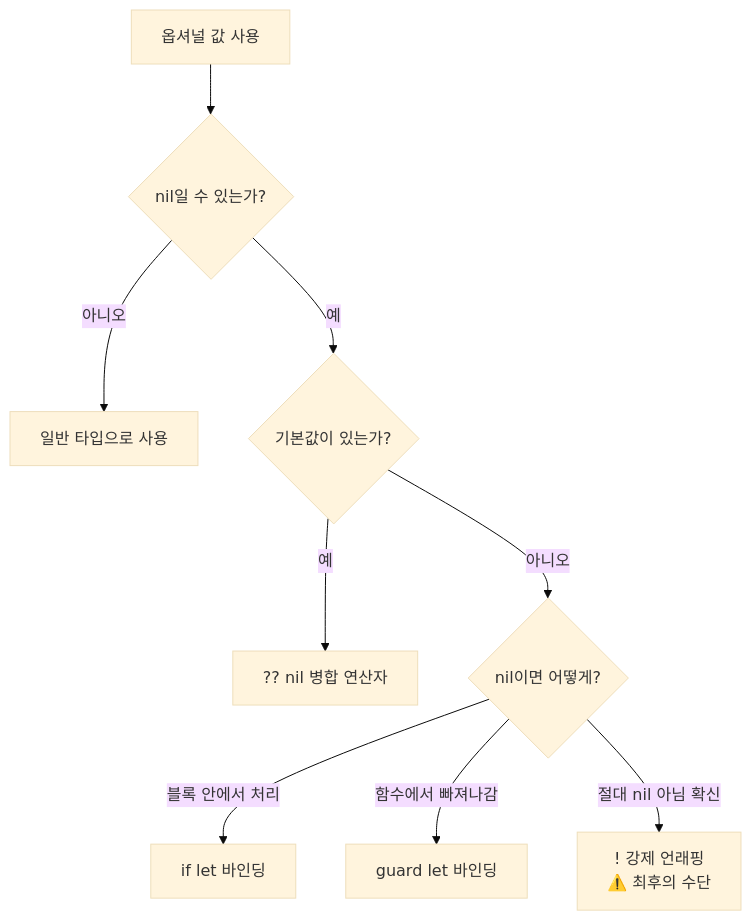
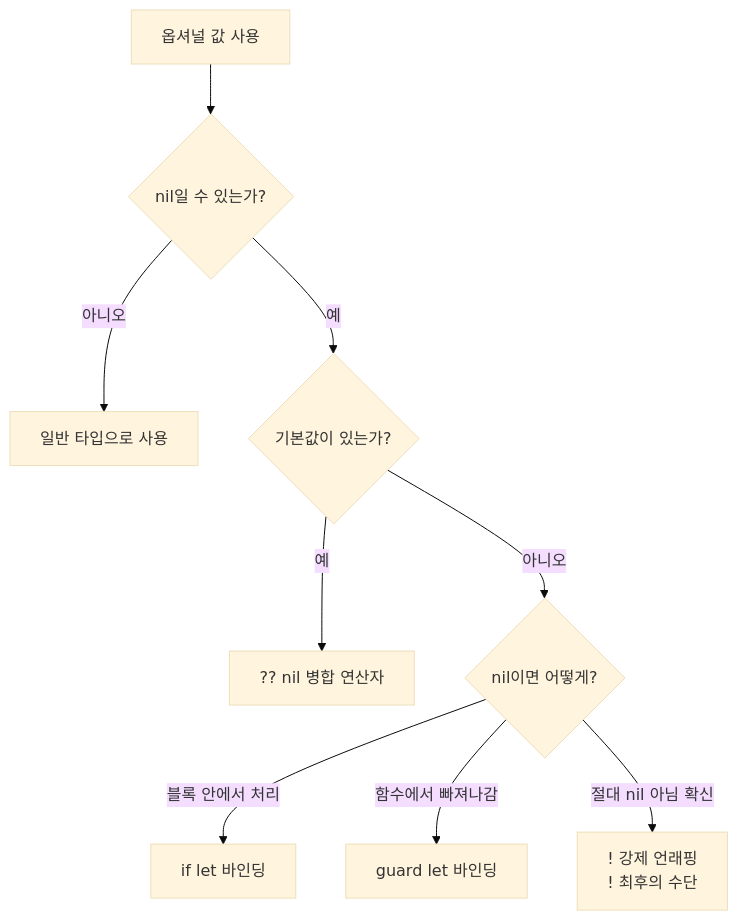
One commit to jsonpassion/forge-tutorial-swift changed the second of 3 diagrams in 01-swift-basics/06-optionals.md. Above: the diagram before and after it, drawn with Mermaid (base theme). The commit also changed other lines of this file and 69 other files, not shown here.

````diff
--- a/01-swift-basics/06-optionals.md
+++ b/01-swift-basics/06-optionals.md
@@ -65,11 +65,11 @@
 ```mermaid
 flowchart TD
     A["옵셔널 값 사용"] --> B{"nil일 수 있는가?"}
     B -- 아니오 --> C["일반 타입으로 사용"]
     B -- 예 --> D{"기본값이 있는가?"}
     D -- 예 --> E["?? nil 병합 연산자"]
     D -- 아니오 --> F{"nil이면 어떻게?"}
     F -- 블록 안에서 처리 --> G["if let 바인딩"]
     F -- 함수에서 빠져나감 --> H["guard let 바인딩"]
-    F -- 절대 nil 아님 확신 --> I["! 강제 언래핑\n⚠️ 최후의 수단"]
+    F -- 절대 nil 아님 확신 --> I["! 강제 언래핑<br/>! 최후의 수단"]
 ```
````
